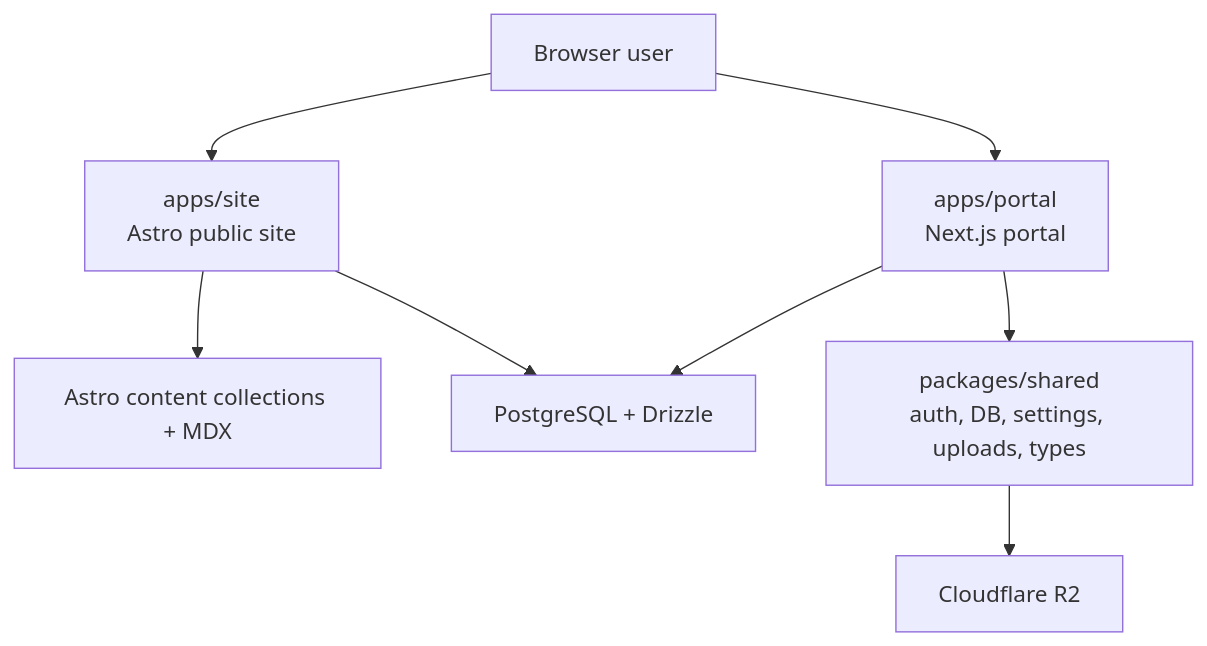
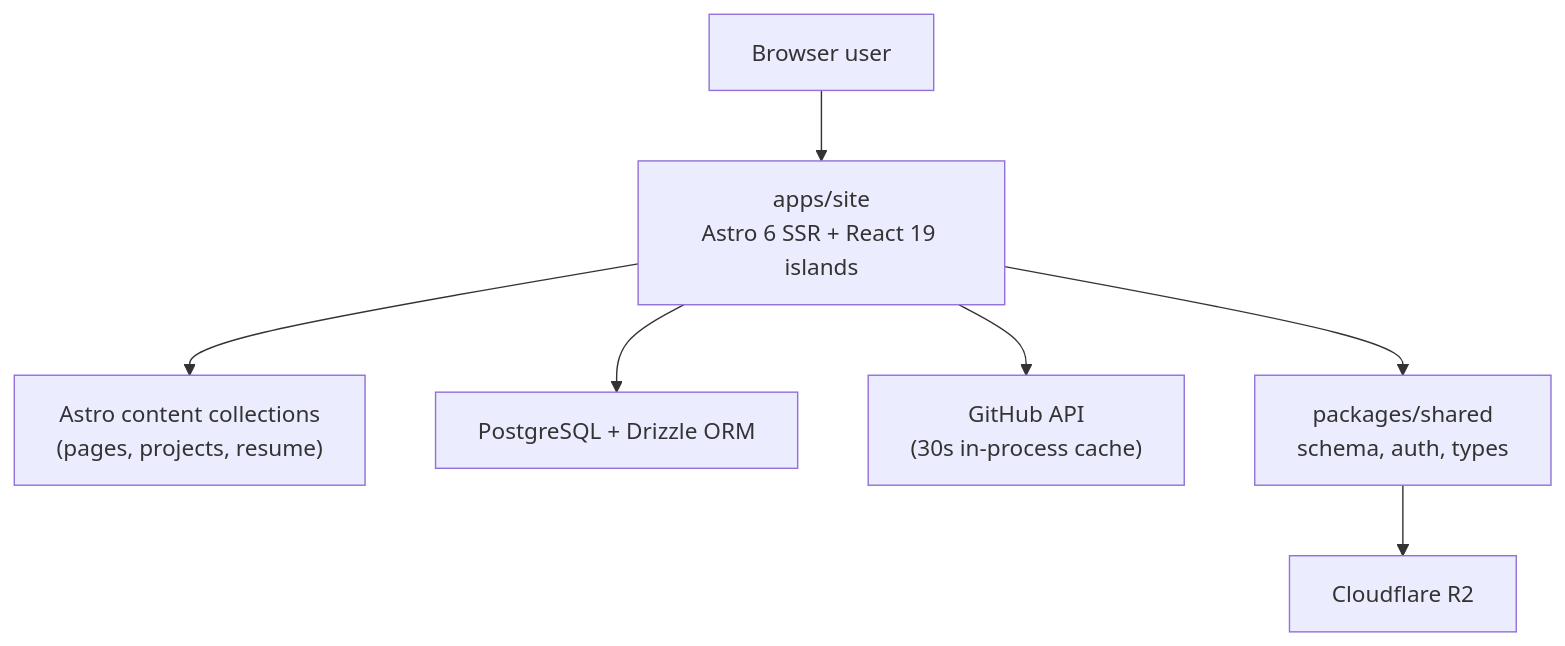
Before and after one commit to stevenfackley/steveackley-website: the diagram in docs/ARCHITECTURE.md, drawn with Mermaid. The commit also changed other lines of this file and 9 other files, not shown here.

````diff
--- a/docs/ARCHITECTURE.md
+++ b/docs/ARCHITECTURE.md
@@ -5,10 +5,9 @@
 ```mermaid
 flowchart TB
-    user["Browser user"] --> site["apps/site<br/>Astro public site"]
-    user --> portal["apps/portal<br/>Next.js portal"]
-    site --> content["Astro content collections + MDX"]
-    site --> db["PostgreSQL + Drizzle"]
-    portal --> db
-    portal --> shared["packages/shared<br/>auth, DB, settings, uploads, types"]
+    user["Browser user"] --> site["apps/site<br/>Astro 6 SSR + React 19 islands"]
+    site --> content["Astro content collections<br/>(pages, projects, resume)"]
+    site --> db["PostgreSQL + Drizzle ORM"]
+    site --> github["GitHub API<br/>(30s in-process cache)"]
+    site --> shared["packages/shared<br/>schema, auth, types"]
     shared --> r2["Cloudflare R2"]
 ```
````
